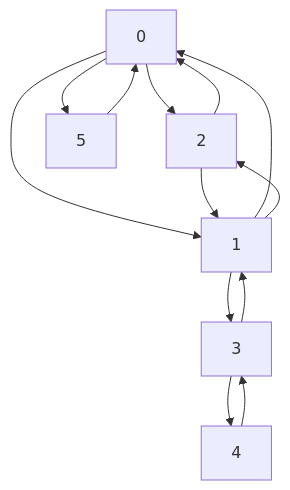
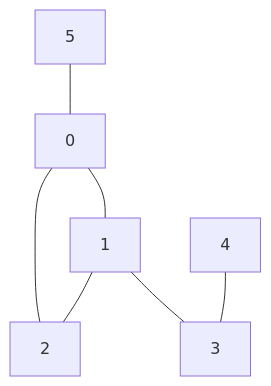
One commit to lucastomic/go-graph-explorer changed the diagram in README.md. Above: the diagram before and after it, drawn with Mermaid. The commit also changed other lines of this file, not shown here.

Commit message:
Agrego diagrama del grafo

````diff
--- a/README.md
+++ b/README.md
@@ -30,15 +30,9 @@
 ```mermaid
 graph TD;
-    5-->0;
-    0-->5;
-    0-->2;
-    2-->0;
-    0-->1;
-    1-->0;
-    1-->2;
-    2-->1;
-    1-->3;
-    3-->1;
-    4-->3;
-    3-->4;
+    5---0;
+    0---2;
+    0---1;
+    1---2;
+    1---3;
+    4---3;
 ```
````
